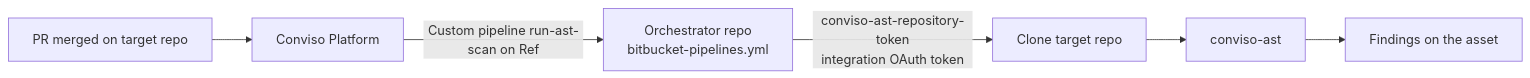
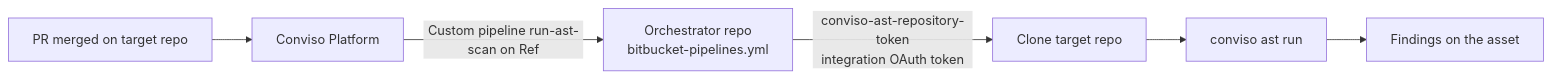
Before and after one commit to convisoappsec/conviso-docs: the diagram in docs/integrations/bitbucket-ast-orchestrator.md, drawn with Mermaid. The commit also changed other lines of this file and 18 other files, not shown here.

````diff
--- a/docs/integrations/bitbucket-ast-orchestrator.md
+++ b/docs/integrations/bitbucket-ast-orchestrator.md
@@ -27,8 +27,8 @@
 ```mermaid
 flowchart LR
     A[PR merged on target repo] --> B[Conviso Platform]
     B -->|Custom pipeline run-ast-scan on Ref| C[Orchestrator repo<br/>bitbucket-pipelines.yml]
     C -->|conviso-ast-repository-token<br/>integration OAuth token| D[Clone target repo]
-    D --> E[conviso-ast]
+    D --> E[conviso ast run]
     E --> F[Findings on the asset]
 ```
````
